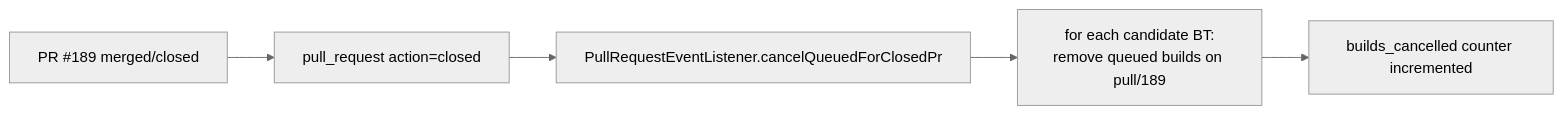
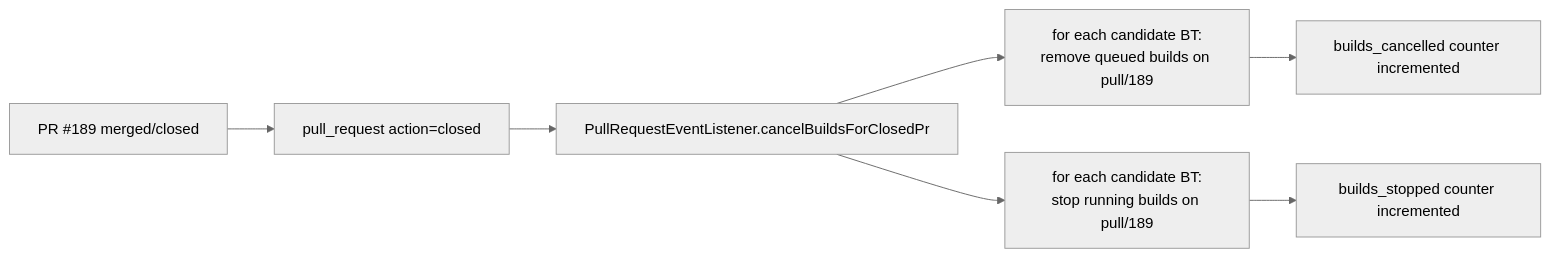
One commit to Silmaen/teamcity-github changed diagram 12 of 15 in doc/usage-scenarios.md. Above: the diagram before and after it, drawn with Mermaid (neutral theme). The commit also changed other lines of this file and 21 other files, not shown here.

Commit message:
auto cancel obsolete builds.

````diff
--- a/doc/usage-scenarios.md
+++ b/doc/usage-scenarios.md
@@ -720,7 +760,9 @@
 ```mermaid
 flowchart LR
     A[PR #189 merged/closed] --> B[pull_request action=closed]
-    B --> C[PullRequestEventListener.cancelQueuedForClosedPr]
+    B --> C[PullRequestEventListener.cancelBuildsForClosedPr]
     C --> D[for each candidate BT:<br/>remove queued builds on pull/189]
+    C --> F[for each candidate BT:<br/>stop running builds on pull/189]
     D --> E[builds_cancelled counter incremented]
+    F --> G[builds_stopped counter incremented]
 ```
````
